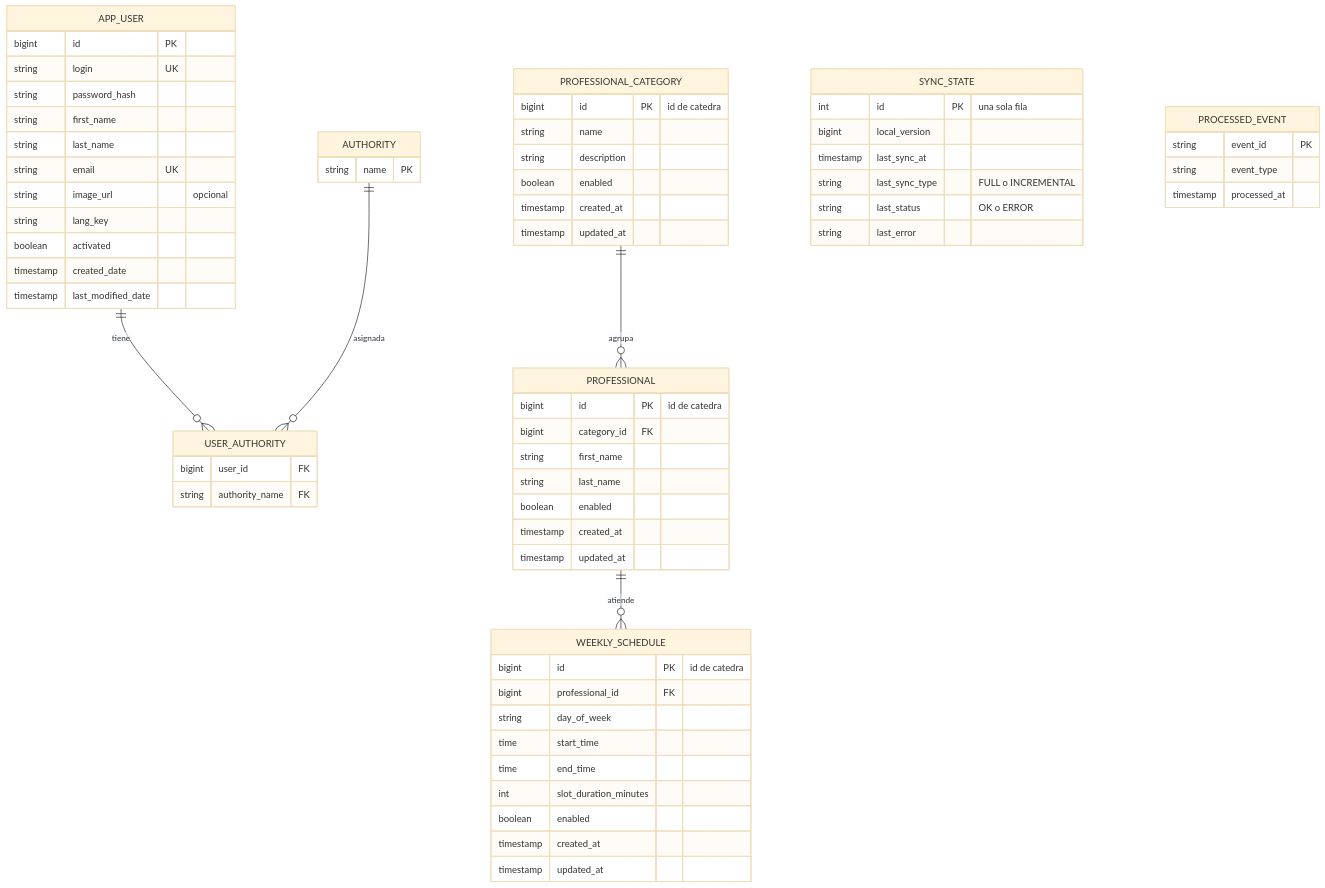
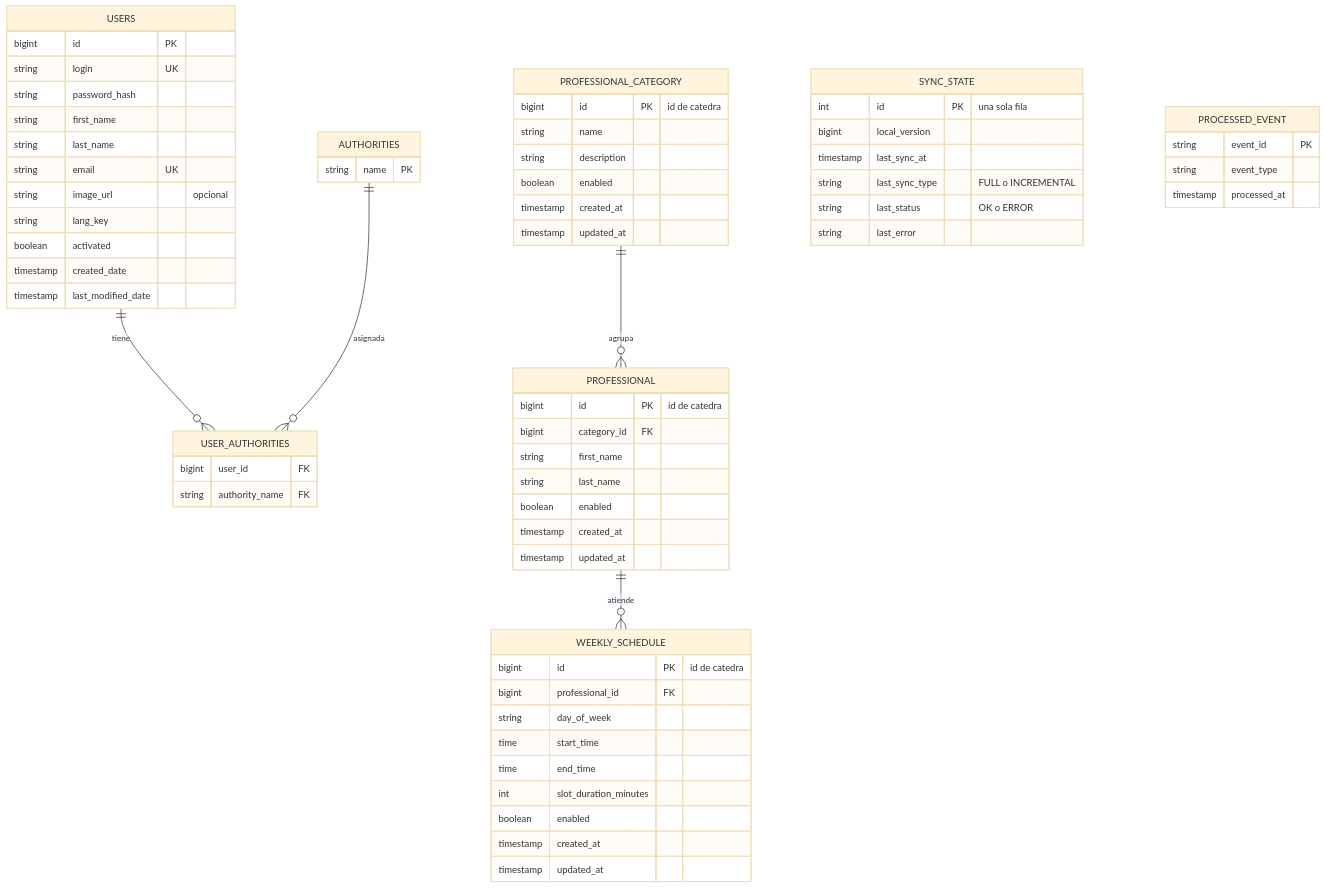
Before and after one commit to Prog2-fzapata/Documentacion: the first of 3 diagrams in diagramas/05-modelo-de-datos.md, drawn with Mermaid (base theme). The commit also changed other lines of this file and 8 other files, not shown here.

````diff
--- a/diagramas/05-modelo-de-datos.md
+++ b/diagramas/05-modelo-de-datos.md
@@ -7,69 +7,69 @@
 ```mermaid
 erDiagram
-    APP_USER ||--o{ USER_AUTHORITY : tiene
-    AUTHORITY ||--o{ USER_AUTHORITY : asignada
+    USERS ||--o{ USER_AUTHORITIES : tiene
+    AUTHORITIES ||--o{ USER_AUTHORITIES : asignada
     PROFESSIONAL_CATEGORY ||--o{ PROFESSIONAL : agrupa
     PROFESSIONAL ||--o{ WEEKLY_SCHEDULE : atiende
 
-    APP_USER {
+    USERS {
         bigint id PK
         string login UK
         string password_hash
         string first_name
         string last_name
         string email UK
         string image_url "opcional"
         string lang_key
         boolean activated
         timestamp created_date
         timestamp last_modified_date
     }
-    AUTHORITY {
+    AUTHORITIES {
         string name PK
     }
-    USER_AUTHORITY {
+    USER_AUTHORITIES {
         bigint user_id FK
         string authority_name FK
     }
     PROFESSIONAL_CATEGORY {
         bigint id PK "id de catedra"
         string name
         string description
         boolean enabled
         timestamp created_at
         timestamp updated_at
     }
     PROFESSIONAL {
         bigint id PK "id de catedra"
         bigint category_id FK
         string first_name
         string last_name
         boolean enabled
         timestamp created_at
         timestamp updated_at
     }
     WEEKLY_SCHEDULE {
         bigint id PK "id de catedra"
         bigint professional_id FK
         string day_of_week
         time start_time
         time end_time
         int slot_duration_minutes
         boolean enabled
         timestamp created_at
         timestamp updated_at
     }
     SYNC_STATE {
         int id PK "una sola fila"
         bigint local_version
         timestamp last_sync_at
         string last_sync_type "FULL o INCREMENTAL"
         string last_status "OK o ERROR"
         string last_error
     }
     PROCESSED_EVENT {
         string event_id PK
         string event_type
         timestamp processed_at
     }
 ```
````
